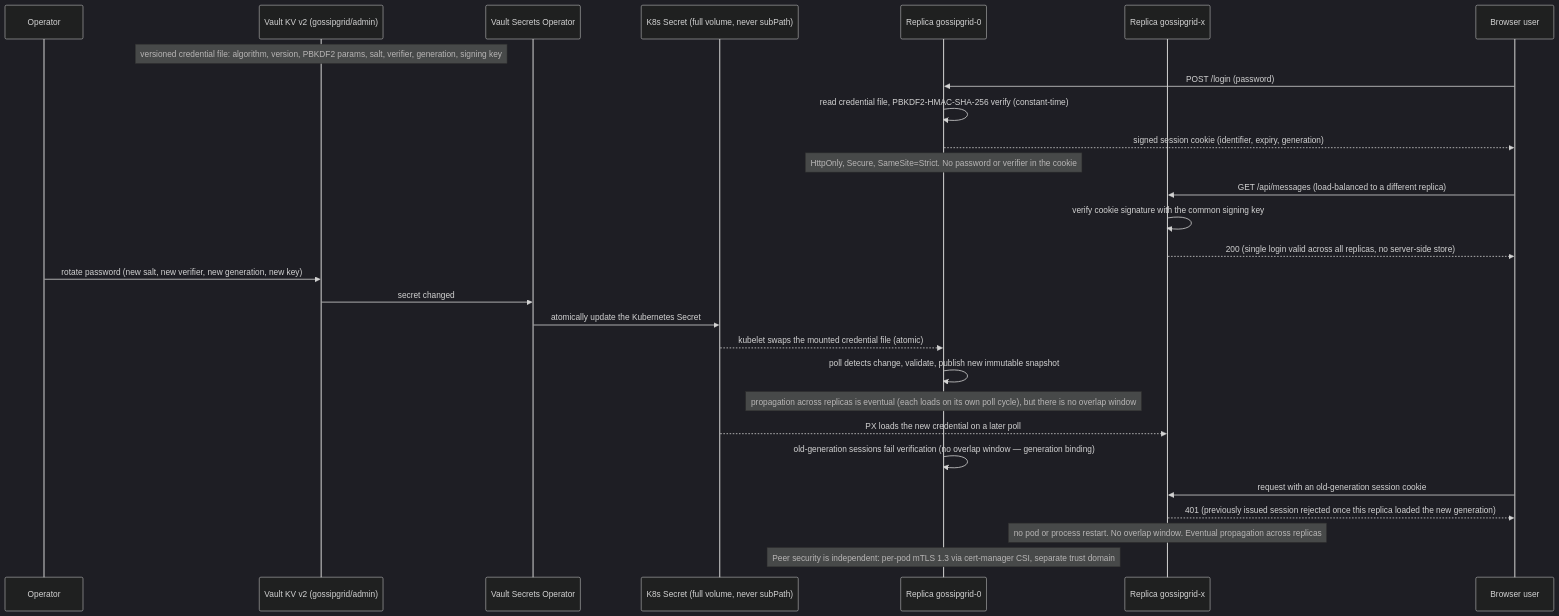
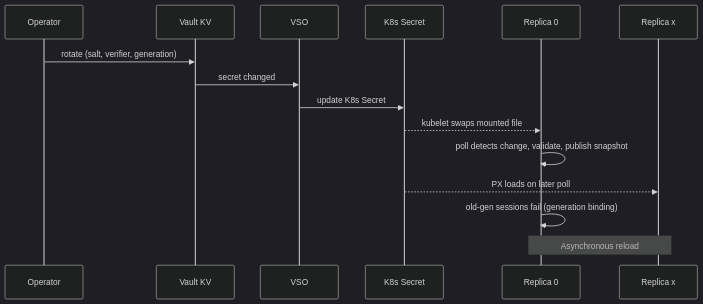
One commit to hirebrianm/gossipgrid changed the second of 2 diagrams in docs/security.md. Above: the diagram before and after it, drawn with Mermaid (dark theme). The commit also changed other lines of this file and 79 other files, not shown here.

````diff
--- a/docs/security.md
+++ b/docs/security.md
@@ -270,32 +300,18 @@
 ```mermaid
 sequenceDiagram
-  participant ADMIN as Operator
-  participant VKV as Vault KV v2 (gossipgrid/admin)
-  participant VSO as Vault Secrets Operator
-  participant SEC as K8s Secret (full volume, never subPath)
-  participant P0 as Replica gossipgrid-0
-  participant PX as Replica gossipgrid-x
-  participant BROWSER as Browser user
+  participant OP as Operator
+  participant VK as Vault KV
+  participant VSO as VSO
+  participant SEC as K8s Secret
+  participant P0 as Replica 0
+  participant PX as Replica x
 
-  Note over VKV: versioned credential file: algorithm, version, PBKDF2 params, salt, verifier, generation, signing key
-  BROWSER->>P0: POST /login (password)
-  P0->>P0: read credential file, PBKDF2-HMAC-SHA-256 verify (constant-time)
-  P0-->>BROWSER: signed session cookie (identifier, expiry, generation)
-  Note over P0: HttpOnly, Secure, SameSite=Strict. No password or verifier in the cookie
-  BROWSER->>PX: GET /api/messages (load-balanced to a different replica)
-  PX->>PX: verify cookie signature with the common signing key
-  PX-->>BROWSER: 200 (single login valid across all replicas, no server-side store)
-
-  ADMIN->>VKV: rotate password (new salt, new verifier, new generation, new key)
-  VKV->>VSO: secret changed
-  VSO->>SEC: atomically update the Kubernetes Secret
-  SEC-->>P0: kubelet swaps the mounted credential file (atomic)
-  P0->>P0: poll detects change, validate, publish new immutable snapshot
-  Note over P0: propagation across replicas is eventual (each loads on its own poll cycle), but there is no overlap window
-  SEC-->>PX: PX loads the new credential on a later poll
-  P0->>P0: old-generation sessions fail verification (no overlap window — generation binding)
-  BROWSER->>PX: request with an old-generation session cookie
-  PX-->>BROWSER: 401 (previously issued session rejected once this replica loaded the new generation)
-  Note over PX: no pod or process restart. No overlap window. Eventual propagation across replicas
-  Note over P0: Peer security is independent: per-pod mTLS 1.3 via cert-manager CSI, separate trust domain
+  OP->>VK: rotate (salt, verifier, generation)
+  VK->>VSO: secret changed
+  VSO->>SEC: update K8s Secret
+  SEC-->>P0: kubelet swaps mounted file
+  P0->>P0: poll detects change, validate, publish snapshot
+  SEC-->>PX: PX loads on later poll
+  P0->>P0: old-gen sessions fail (generation binding)
+  Note over P0,PX: Asynchronous reload
 ```
````
